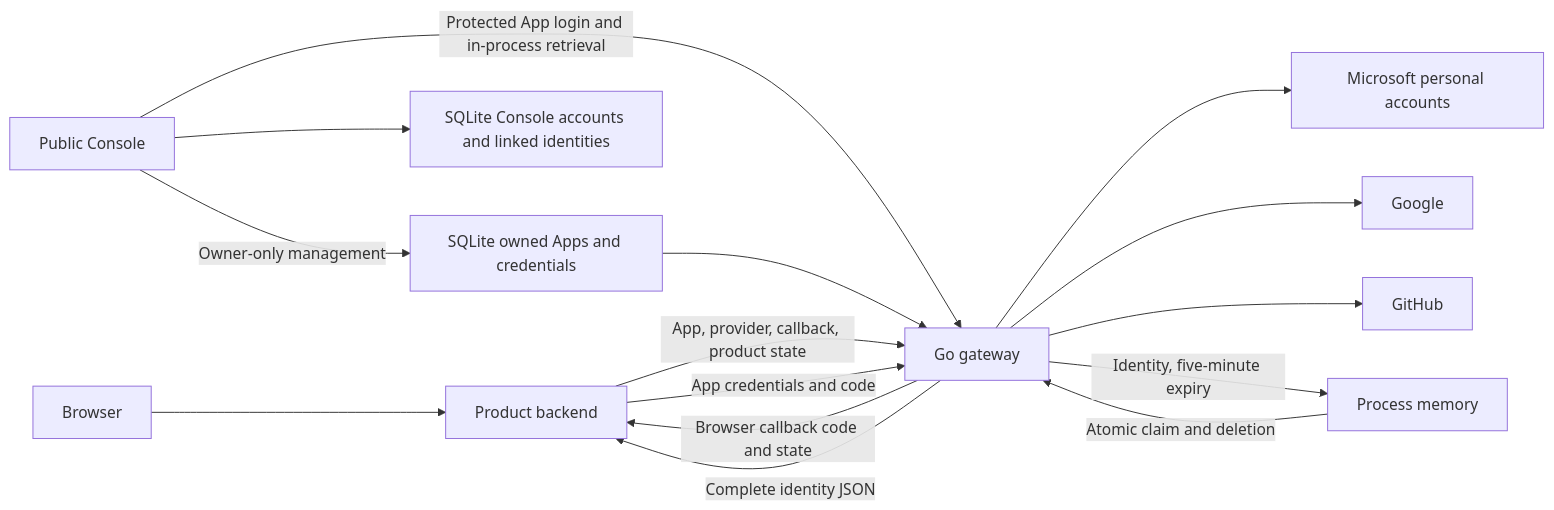
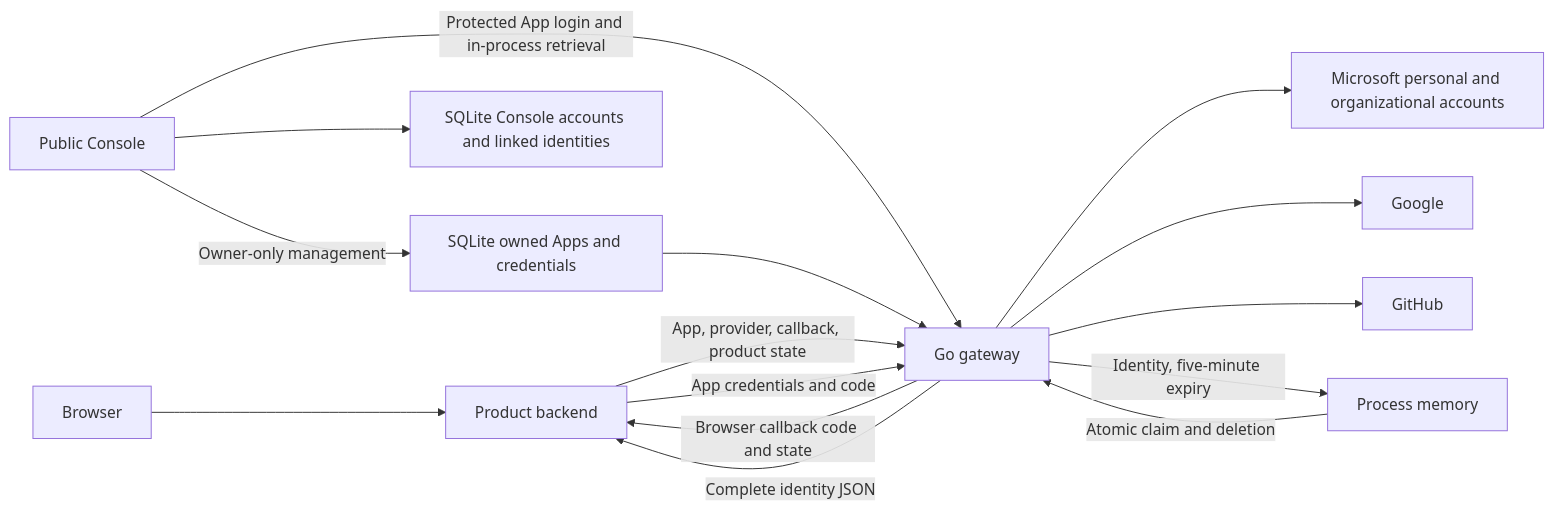
The diagram in docs/blueprint/README.md (codetreker/uniauth), drawn with Mermaid before and after one commit. The commit also changed other lines of this file and 21 other files, not shown here.

````diff
--- a/docs/blueprint/README.md
+++ b/docs/blueprint/README.md
@@ -51,17 +52,17 @@
 ```mermaid
 flowchart LR
     Browser[Browser] --> Product[Product backend]
     Product -->|App, provider, callback, product state| Gateway[Go gateway]
-    Gateway --> Microsoft[Microsoft personal accounts]
+    Gateway --> Microsoft[Microsoft personal and organizational accounts]
     Gateway --> Google[Google]
     Gateway --> GitHub[GitHub]
     Gateway -->|Identity, five-minute expiry| Cache[Process memory]
     Gateway -->|Browser callback code and state| Product
     Product -->|App credentials and code| Gateway
     Cache -->|Atomic claim and deletion| Gateway
     Gateway -->|Complete identity JSON| Product
     Console[Public Console] -->|Protected App login and in-process retrieval| Gateway
     Console --> Platform[SQLite Console accounts and linked identities]
     Console -->|Owner-only management| Apps[SQLite owned Apps and credentials]
     Apps --> Gateway
 ```
````
